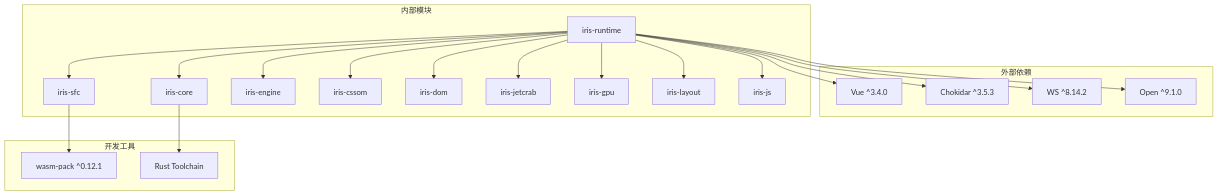
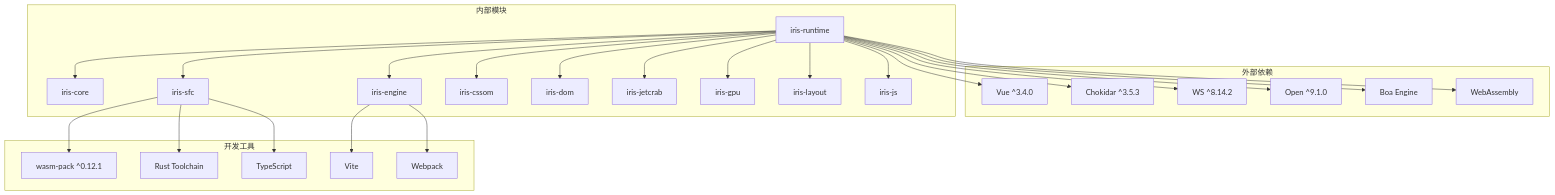
Before and after one commit to itszzl-sudo/iris: diagram 12 of 12 in .qoder/repowiki/zh/content/核心功能特性/Vue项目检测功能指南.md, drawn with Mermaid. The commit also changed other lines of this file and 5 other files, not shown here.

First line of the commit message:
feat: 支持 npm 包依赖、TypeScript 和 CSS 处理

````diff
--- a/.qoder/repowiki/zh/content/核心功能特性/Vue项目检测功能指南.md
+++ b/.qoder/repowiki/zh/content/核心功能特性/Vue项目检测功能指南.md
@@ -294,40 +478,50 @@
 ```mermaid
 graph TB
 subgraph "外部依赖"
 A[Vue ^3.4.0]
 B[Chokidar ^3.5.3]
 C[WS ^8.14.2]
 D[Open ^9.1.0]
+E[Boa Engine]
+F[WebAssembly]
 end
 subgraph "内部模块"
-E[iris-runtime]
-F[iris-core]
-G[iris-sfc]
-H[iris-engine]
-I[iris-cssom]
-J[iris-dom]
-K[iris-jetcrab]
-L[iris-gpu]
-M[iris-layout]
-N[iris-js]
+G[iris-runtime]
+H[iris-core]
+I[iris-sfc]
+J[iris-engine]
+K[iris-cssom]
+L[iris-dom]
+M[iris-jetcrab]
+N[iris-gpu]
+O[iris-layout]
+P[iris-js]
 end
 subgraph "开发工具"
-O[wasm-pack ^0.12.1]
-P[Rust Toolchain]
+Q[wasm-pack ^0.12.1]
+R[Rust Toolchain]
+S[TypeScript]
+T[Vite]
+U[Webpack]
 end
-E --> A
-E --> B
-E --> C
-E --> D
-E --> F
-E --> G
-E --> H
-E --> I
-E --> J
-E --> K
-E --> L
-E --> M
-E --> N
+G --> A
+G --> B
+G --> C
+G --> D
+G --> E
+G --> F
+G --> H
+G --> I
+G --> J
+G --> K
+G --> L
+G --> M
+G --> N
 G --> O
-F --> P
+G --> P
+I --> Q
+I --> R
+I --> S
+J --> T
+J --> U
 ```
````
